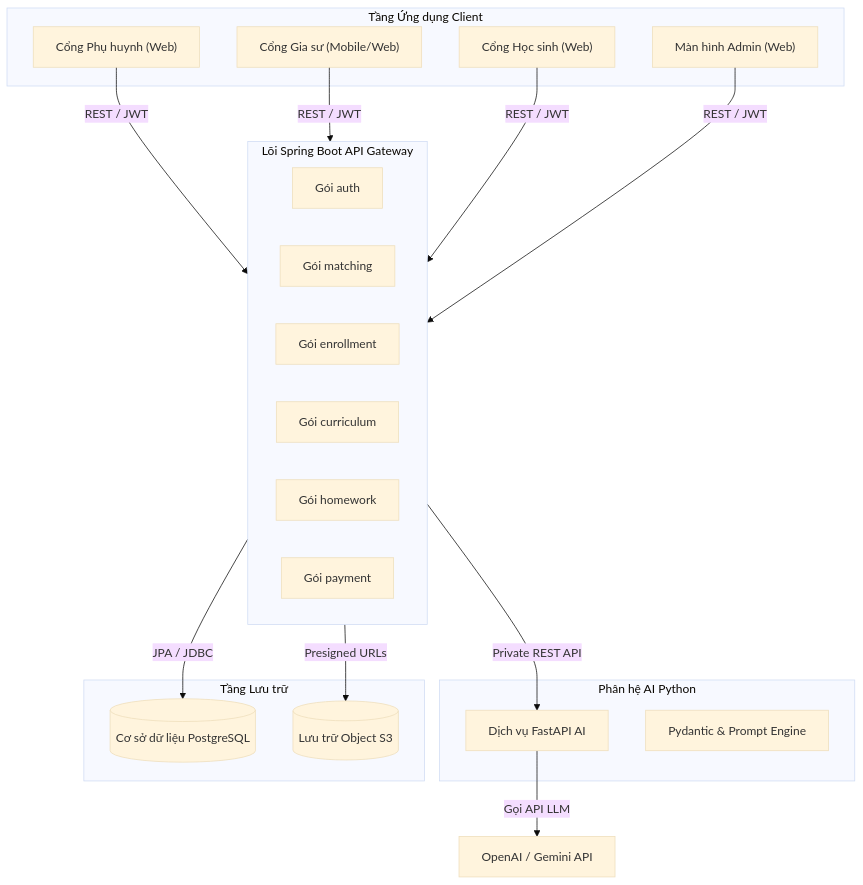
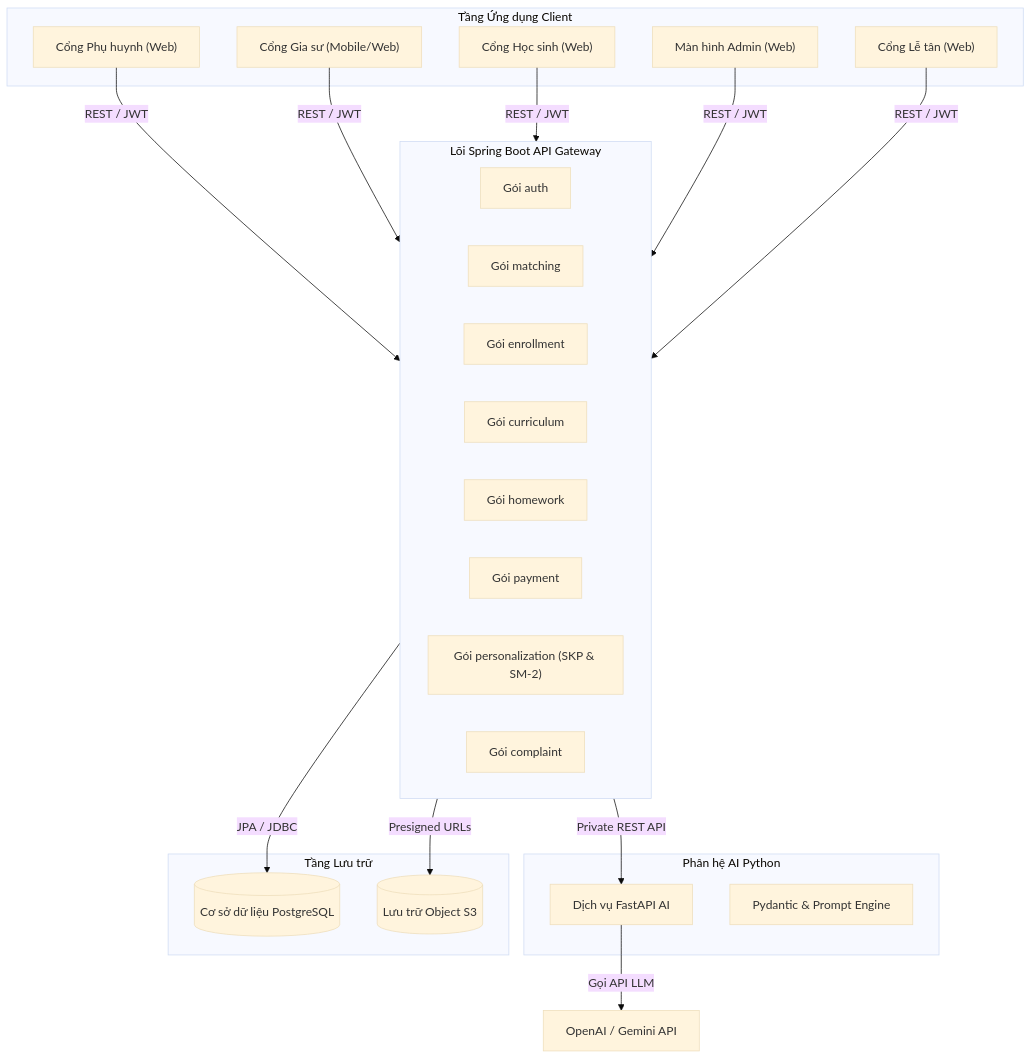
Before and after one commit to quangnguyenviet/English-tutor-platform-final-project-2026: the first of 3 diagrams in _bmad-output/planning-artifacts/architecture/architecture-final_project-2026-09-07/ARCHITECTURE-SPINE.md, drawn with Mermaid (base theme). The commit also changed other lines of this file and 1 other file, not shown here.

Commit message:
docs: cap nhat kien truc he thong bo sung SKP, Spaced Repetition, Le tan va Khieu nai

````diff
--- a/_bmad-output/planning-artifacts/architecture/architecture-final_project-2026-09-07/ARCHITECTURE-SPINE.md
+++ b/_bmad-output/planning-artifacts/architecture/architecture-final_project-2026-09-07/ARCHITECTURE-SPINE.md
@@ -49,39 +58,43 @@
 ```mermaid
 graph TD
     subgraph Clients["Tầng Ứng dụng Client"]
         ParentPortal["Cổng Phụ huynh (Web)"]
         TutorPortal["Cổng Gia sư (Mobile/Web)"]
         StudentPortal["Cổng Học sinh (Web)"]
         AdminDashboard["Màn hình Admin (Web)"]
+        ReceptionistPortal["Cổng Lễ tân (Web)"]
     end
 
     subgraph BackendGateway["Lõi Spring Boot API Gateway"]
         AuthModule["Gói auth"]
         MatchingModule["Gói matching"]
         EnrollmentModule["Gói enrollment"]
         CurriculumModule["Gói curriculum"]
         HomeworkModule["Gói homework"]
         PaymentModule["Gói payment"]
+        PersonalizationModule["Gói personalization (SKP & SM-2)"]
+        ComplaintModule["Gói complaint"]
     end
 
     subgraph AIService["Phân hệ AI Python"]
         FastAPIWorker["Dịch vụ FastAPI AI"]
         PromptEngine["Pydantic & Prompt Engine"]
     end
 
     subgraph Storage["Tầng Lưu trữ"]
         PostgreSQL[("Cơ sở dữ liệu PostgreSQL")]
         S3Storage[("Lưu trữ Object S3")]
     end
 
     ParentPortal -->|REST / JWT| BackendGateway
     TutorPortal -->|REST / JWT| BackendGateway
     StudentPortal -->|REST / JWT| BackendGateway
     AdminDashboard -->|REST / JWT| BackendGateway
+    ReceptionistPortal -->|REST / JWT| BackendGateway
 
     BackendGateway -->|JPA / JDBC| PostgreSQL
     BackendGateway -->|Presigned URLs| S3Storage
     BackendGateway -->|Private REST API| FastAPIWorker
 
     FastAPIWorker -->|Gọi API LLM| ExternalLLM["OpenAI / Gemini API"]
 ```
````
